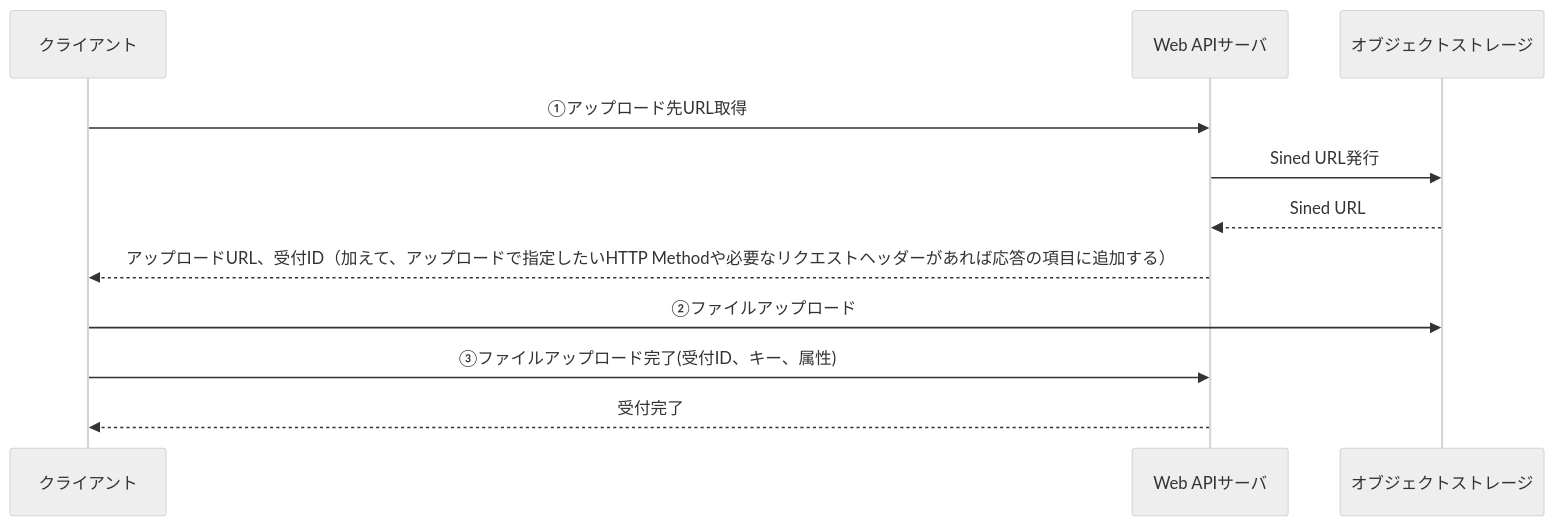
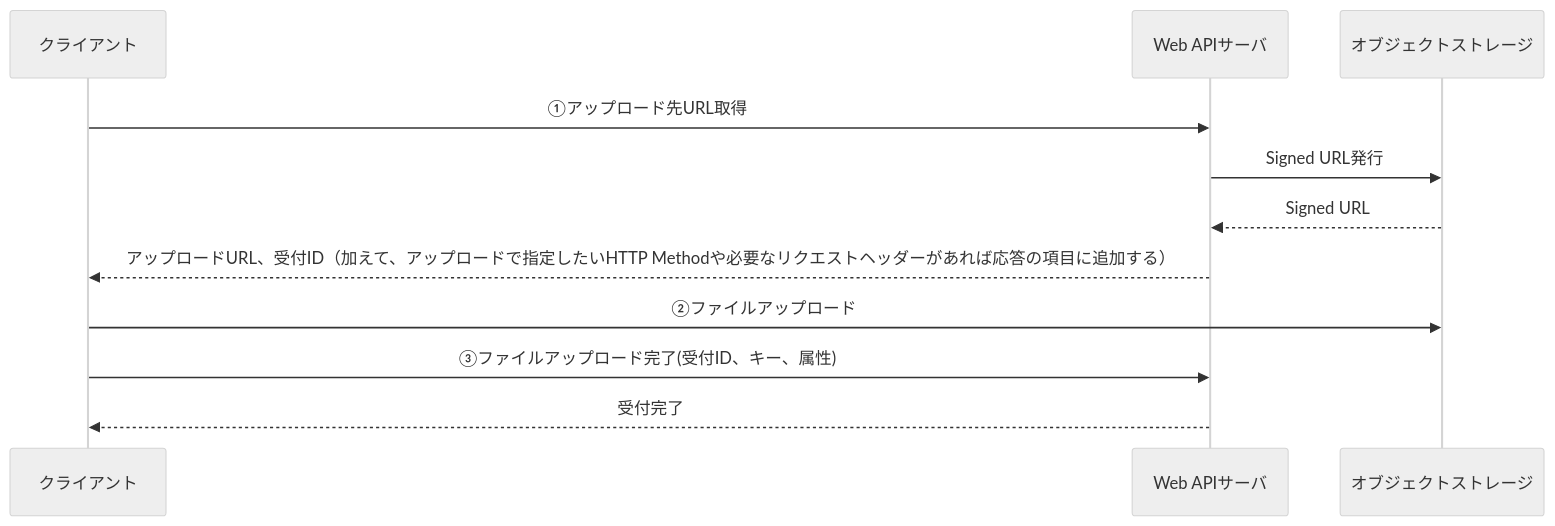
One commit to future-architect/coding-standards changed the diagram in documents/forOpenAPISpecification/OpenAPI_Specification_2.0.md. Above: the diagram before and after it, drawn with Mermaid (neutral theme). The commit also changed other lines of this file, not shown here.

````diff
--- a/documents/forOpenAPISpecification/OpenAPI_Specification_2.0.md
+++ b/documents/forOpenAPISpecification/OpenAPI_Specification_2.0.md
@@ -850,16 +850,16 @@
 ```mermaid
 sequenceDiagram
 participant A as クライアント
 participant B as Web APIサーバ
 participant C as オブジェクトストレージ
 
 A->>B: ①アップロード先URL取得
-  B->>C: Sined URL発行
-  C-->>B: Sined URL
+  B->>C: Signed URL発行
+  C-->>B: Signed URL
   B-->>A: アップロードURL、受付ID（加えて、アップロードで指定したいHTTP Methodや必要なリクエストヘッダーがあれば応答の項目に追加する）
 
 A->>C: ②ファイルアップロード
 
 A->>B: ③ファイルアップロード完了(受付ID、キー、属性)
   B-->>A: 受付完了
 ```
````
